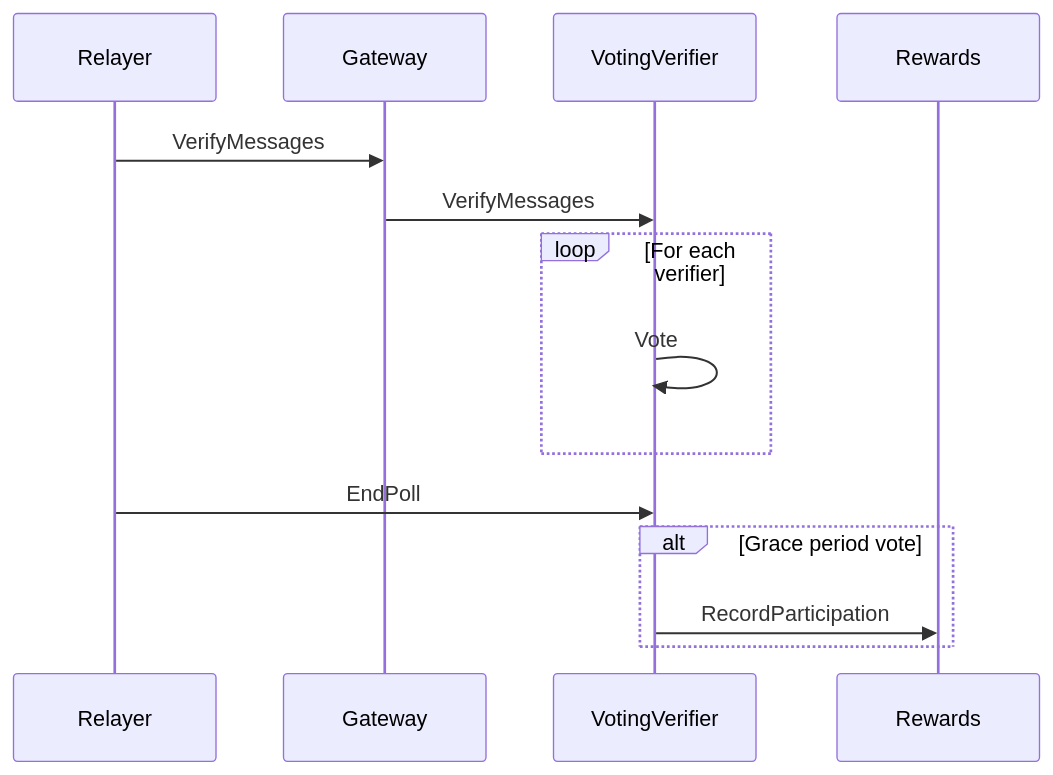
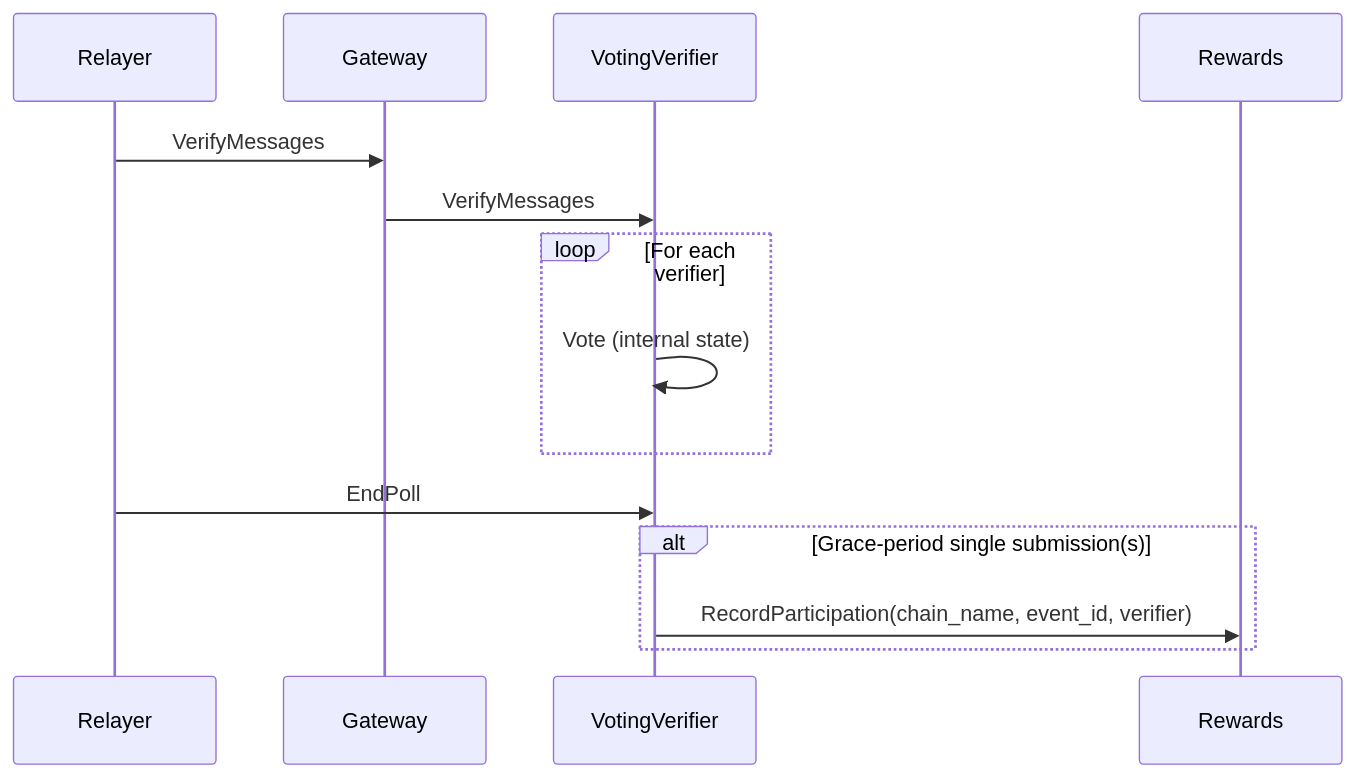
The first of 2 diagrams in ARCs/ARC-12.md (axelarnetwork/arcs), drawn with Mermaid before and after one commit. The commit also changed other lines of this file and 2 other files, not shown here.

````diff
--- a/ARCs/ARC-12.md
+++ b/ARCs/ARC-12.md
@@ -73,18 +67,17 @@
 ```mermaid
 sequenceDiagram
     participant Relayer
     participant Gateway
     participant VotingVerifier
     participant Rewards
 
     Relayer ->> Gateway: VerifyMessages
     Gateway ->> VotingVerifier: VerifyMessages
     loop For each verifier
-        VotingVerifier ->> VotingVerifier: Vote
+        VotingVerifier ->> VotingVerifier: Vote (internal state)
     end
     Relayer ->> VotingVerifier: EndPoll
-    %% Single‑verifier submission during grace period
-    alt Grace period vote
-        VotingVerifier ->> Rewards: RecordParticipation
+    alt Grace-period single submission(s)
+        VotingVerifier ->> Rewards: RecordParticipation(chain_name, event_id, verifier)
     end
 ```
````
